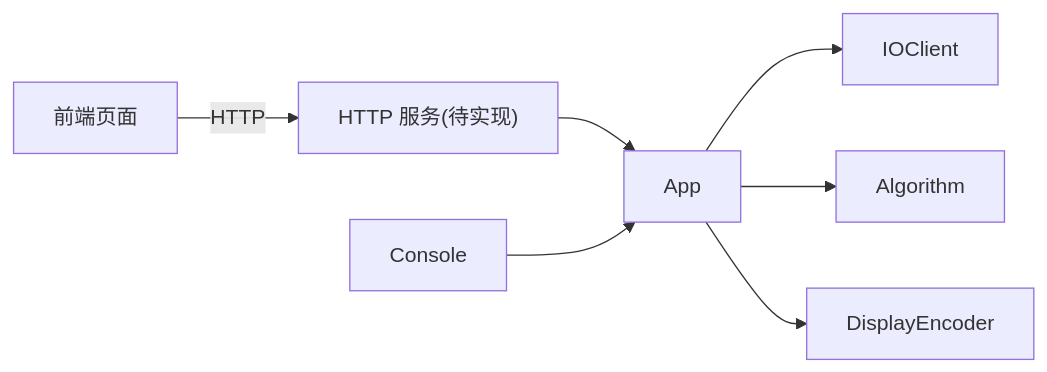
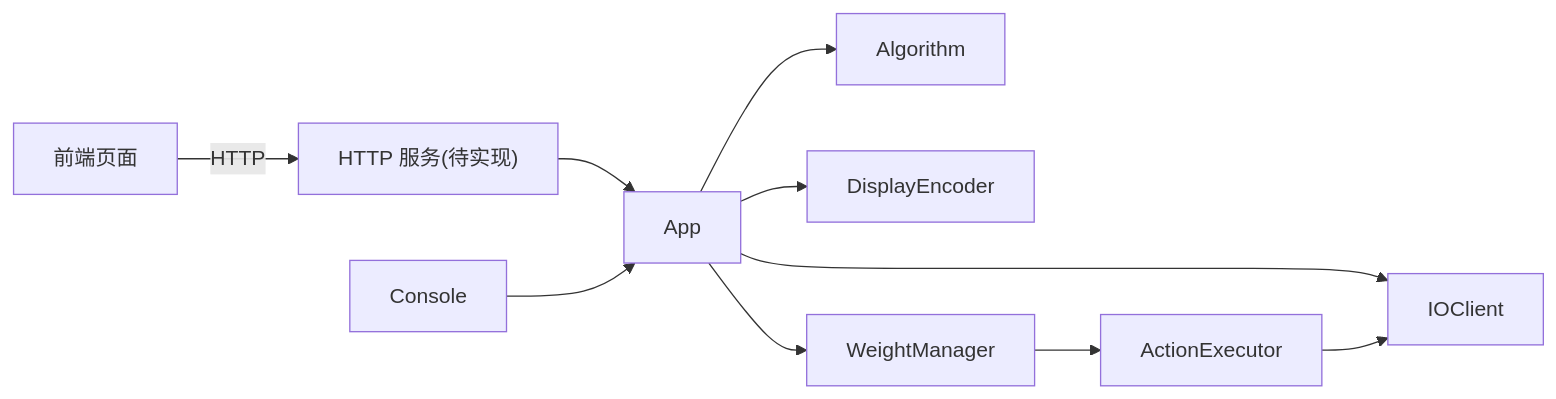
The seventh of 7 diagrams in .qoder/repowiki/zh/content/小脑模块/重量检测系统.md (xmb505/Haku_EET), drawn with Mermaid before and after one commit. The commit also changed other lines of this file and 27 other files, not shown here.

````diff
--- a/.qoder/repowiki/zh/content/小脑模块/重量检测系统.md
+++ b/.qoder/repowiki/zh/content/小脑模块/重量检测系统.md
@@ -230,9 +376,12 @@
 ```mermaid
 graph LR
 FE["前端页面"] --> |HTTP| WEB["HTTP 服务(待实现)"]
 WEB --> APP["App"]
 APP --> IO["IOClient"]
 APP --> ALG["Algorithm"]
 APP --> DISP["DisplayEncoder"]
+APP --> WM["WeightManager"]
+WM --> EXE["ActionExecutor"]
+EXE --> IO
 CON["Console"] --> APP
 ```
````
